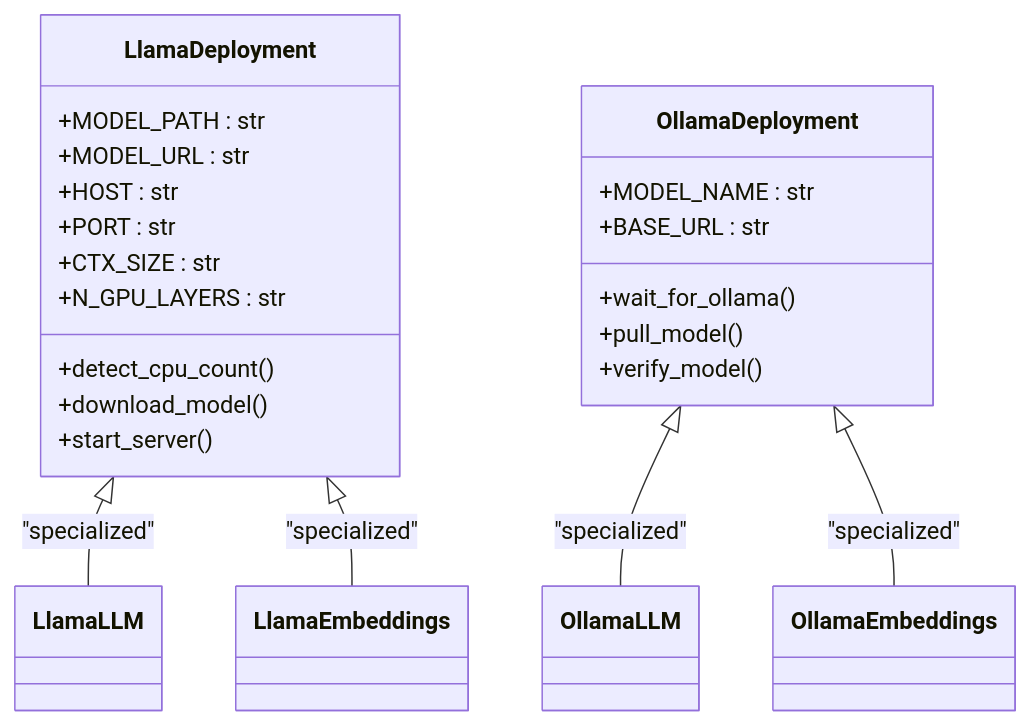
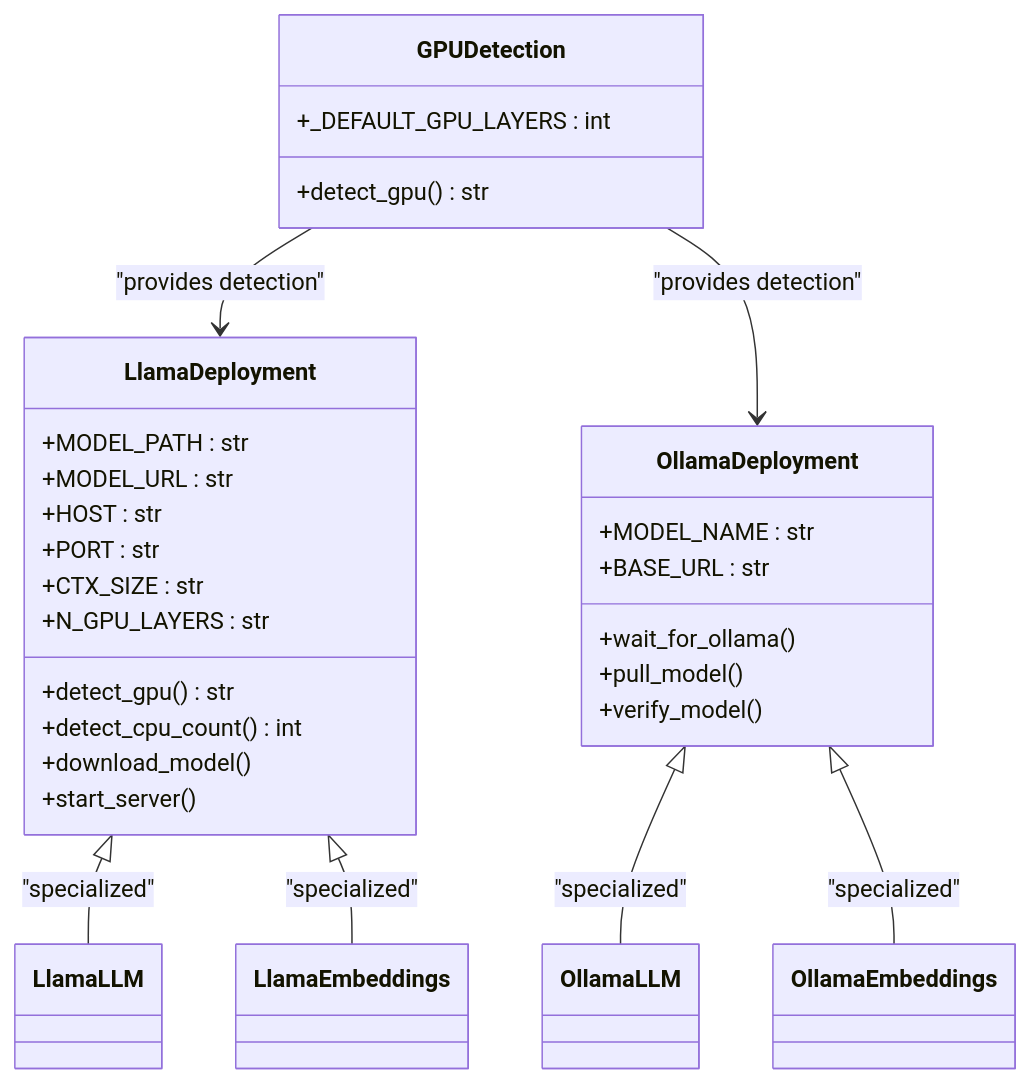
Before and after one commit to ognelis/cafetera_hr_bot: diagram 19 of 22 in .qoder/repowiki/en/content/RAG Integration/RAG Integration.md, drawn with Mermaid. The commit also changed other lines of this file and 16 other files, not shown here.

````diff
--- a/.qoder/repowiki/en/content/RAG Integration/RAG Integration.md
+++ b/.qoder/repowiki/en/content/RAG Integration/RAG Integration.md
@@ -1029,25 +1047,32 @@
 ```mermaid
 classDiagram
 class LlamaDeployment {
 +MODEL_PATH : str
 +MODEL_URL : str
 +HOST : str
 +PORT : str
 +CTX_SIZE : str
 +N_GPU_LAYERS : str
-+detect_cpu_count()
++detect_gpu() str
++detect_cpu_count() int
 +download_model()
 +start_server()
 }
 class OllamaDeployment {
 +MODEL_NAME : str
 +BASE_URL : str
 +wait_for_ollama()
 +pull_model()
 +verify_model()
 }
+class GPUDetection {
++detect_gpu() str
++_DEFAULT_GPU_LAYERS : int
+}
 LlamaDeployment <|-- LlamaLLM : "specialized"
 LlamaDeployment <|-- LlamaEmbeddings : "specialized"
 OllamaDeployment <|-- OllamaLLM : "specialized"
 OllamaDeployment <|-- OllamaEmbeddings : "specialized"
+GPUDetection --> LlamaDeployment : "provides detection"
+GPUDetection --> OllamaDeployment : "provides detection"
 ```
````
